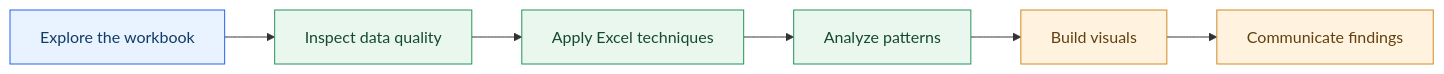
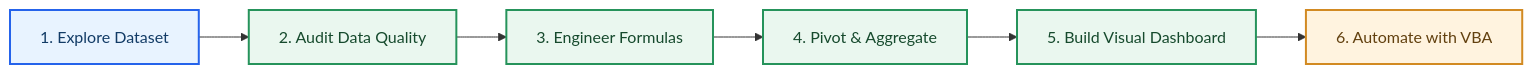
One commit to Sohila-Khaled-Abbas/forage-excel-skills-job-simulation changed the diagram in README.md. Above: the diagram before and after it, drawn with Mermaid. The commit also changed other lines of this file and 13 other files, not shown here.

````diff
--- a/README.md
+++ b/README.md
@@ -73,14 +99,14 @@
-~~~mermaid
+```mermaid
 flowchart LR
-    A["Explore the workbook"] --> B["Inspect data quality"]
-    B --> C["Apply Excel techniques"]
-    C --> D["Analyze patterns"]
-    D --> E["Build visuals"]
-    E --> F["Communicate findings"]
-    classDef start fill:#E8F3FF,stroke:#2563EB,color:#123B66
-    classDef work fill:#EAF7EF,stroke:#26935B,color:#164A2D
-    classDef finish fill:#FFF3DF,stroke:#D28A22,color:#62400F
+    A["1. Explore Dataset"] --> B["2. Audit Data Quality"]
+    B --> C["3. Engineer Formulas"]
+    C --> D["4. Pivot & Aggregate"]
+    D --> E["5. Build Visual Dashboard"]
+    E --> F["6. Automate with VBA"]
+    classDef start fill:#E8F3FF,stroke:#2563EB,color:#123B66,stroke-width:2px
+    classDef work fill:#EAF7EF,stroke:#26935B,color:#164A2D,stroke-width:2px
+    classDef finish fill:#FFF3DF,stroke:#D28A22,color:#62400F,stroke-width:2px
     class A start
-    class B,C,D work
-    class E,F finish
-~~~
+    class B,C,D,E work
+    class F finish
+```
````
